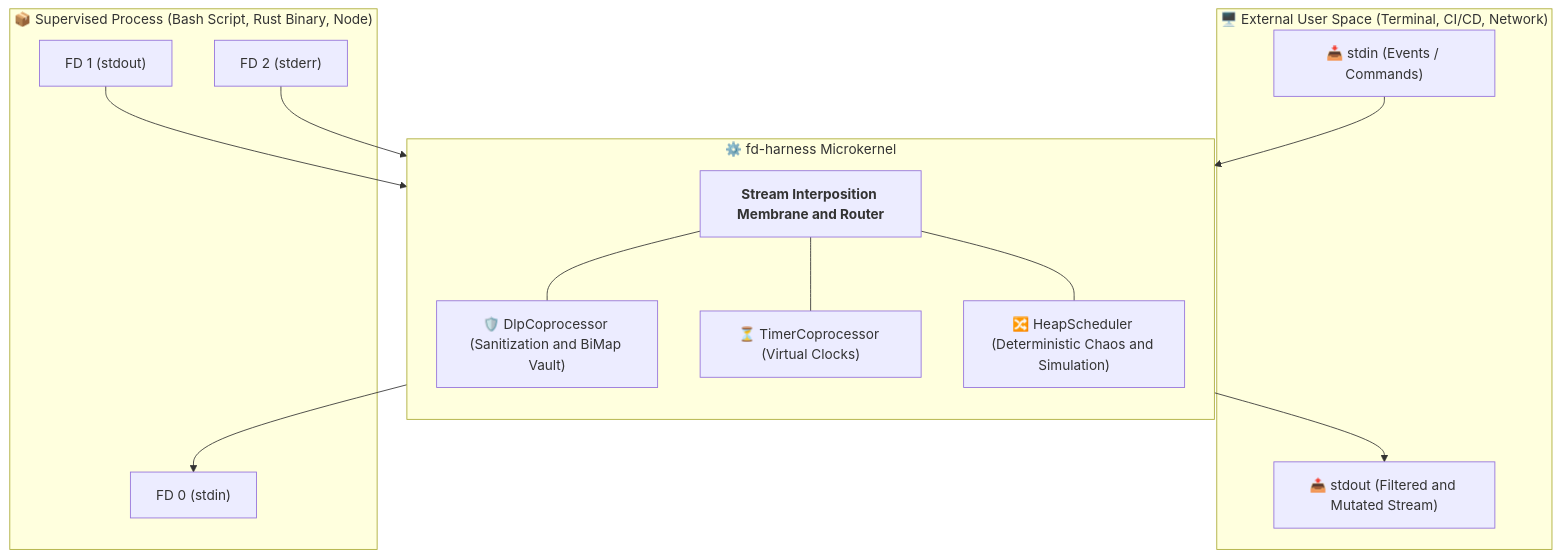
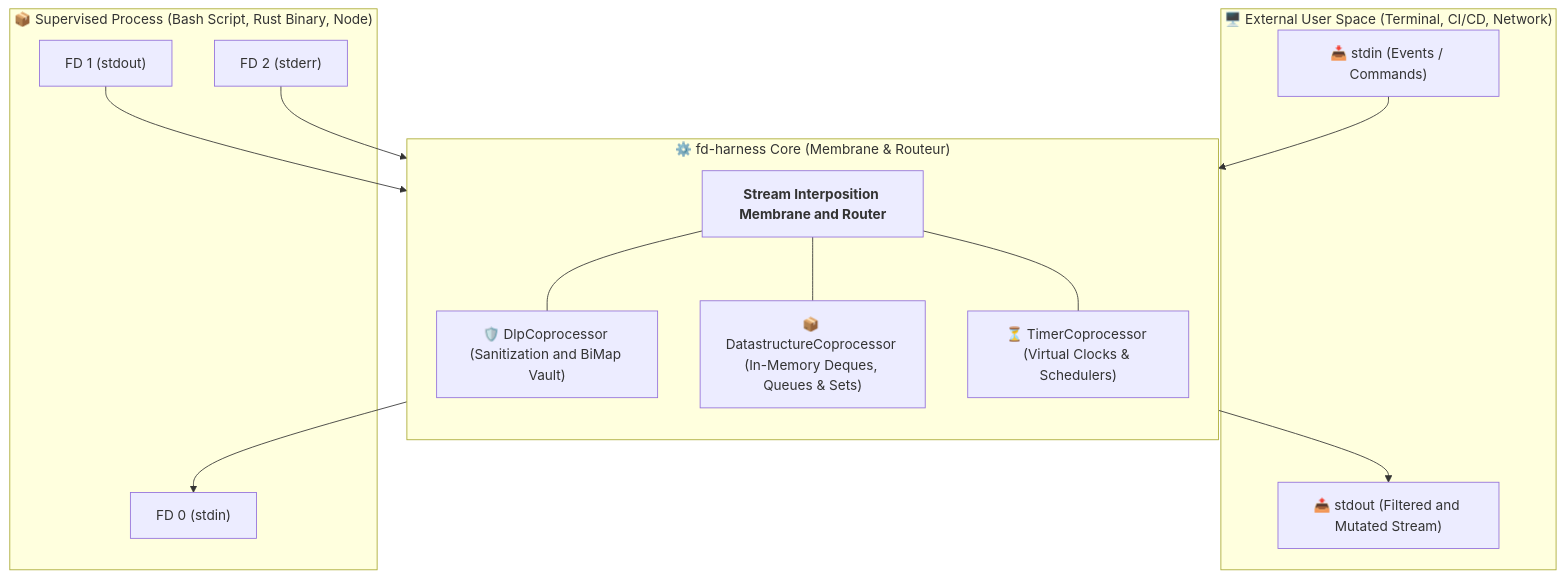
Diagram 11 of 11 in content/posts/2026-09-18-harness-introduction-with-dlp.fr.md (gpineda-dev/gpineda-dev.github.io), drawn with Mermaid before and after one commit. The commit also changed other lines of this file and 1 other file, not shown here.

````diff
--- a/content/posts/2026-09-18-harness-introduction-with-dlp.fr.md
+++ b/content/posts/2026-09-18-harness-introduction-with-dlp.fr.md
@@ -902,30 +902,30 @@
 ```mermaid
 flowchart TD
     subgraph Outer["🖥️ External User Space (Terminal, CI/CD, Network)"]
         In["📥 stdin (Events / Commands)"]
         Out["📤 stdout (Filtered and Mutated Stream)"]
     end
 
-    subgraph Kernel["⚙️ fd-harness Microkernel"]
+    subgraph Kernel["⚙️ fd-harness Core (Membrane & Routeur)"]
         direction TB
         Membrane["<b>Stream Interposition Membrane and Router</b>"]
         C1["🛡️ DlpCoprocessor (Sanitization and BiMap Vault)"]
-        C2["⏳ TimerCoprocessor (Virtual Clocks)"]
-        C3["🔀 HeapScheduler (Deterministic Chaos and Simulation)"]
+        C2["📦 DatastructureCoprocessor (In-Memory Deques, Queues & Sets)"]
+        C3["⏳ TimerCoprocessor (Virtual Clocks & Schedulers)"]
         Membrane --- C1
         Membrane --- C2
         Membrane --- C3
     end
 
     subgraph Process["📦 Supervised Process (Bash Script, Rust Binary, Node)"]
         PIn["FD 0 (stdin)"]
         POut["FD 1 (stdout)"]
         PErr["FD 2 (stderr)"]
     end
 
     In --> Membrane
     Membrane --> PIn
     POut --> Membrane
     PErr --> Membrane
     Membrane --> Out
 ```
````
